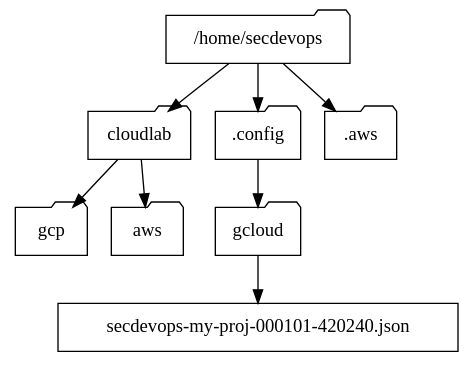
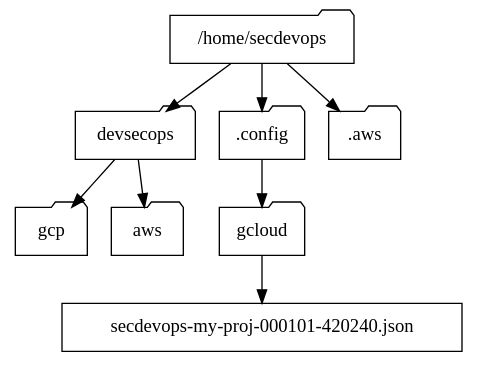
Before and after one commit to ajcborges/devsecops-tactical-workbook: the diagram in docs/_source/07_infrastructure.rst, drawn with Graphviz. The commit also changed 9 other files, not shown here.

```diff
--- a/docs/_source/07_infrastructure.rst
+++ b/docs/_source/07_infrastructure.rst
@@ -116,22 +116,22 @@
 .. graphviz::
    :caption: GitHub Actions
    :align: center
 
    digraph folders {
       "/home/secdevops" [shape=folder];
-      "cloudlab" [shape=folder];
+      "devsecops" [shape=folder];
       ".config" [shape=folder];
       "gcloud" [shape=folder];
       "secdevops-my-proj-000101-420240.json" [shape=rect];
       ".aws" [shape=folder];
       "gcp" [shape=folder];
       "aws" [shape=folder];
 
       "/home/secdevops" -> ".aws";
       "/home/secdevops" -> ".config";
       ".config" -> "gcloud";
       "gcloud" -> "secdevops-my-proj-000101-420240.json";
-      "/home/secdevops" -> "cloudlab";
-      "cloudlab" -> "aws";
-      "cloudlab" -> "gcp";
+      "/home/secdevops" -> "devsecops";
+      "devsecops" -> "aws";
+      "devsecops" -> "gcp";
    }
```
